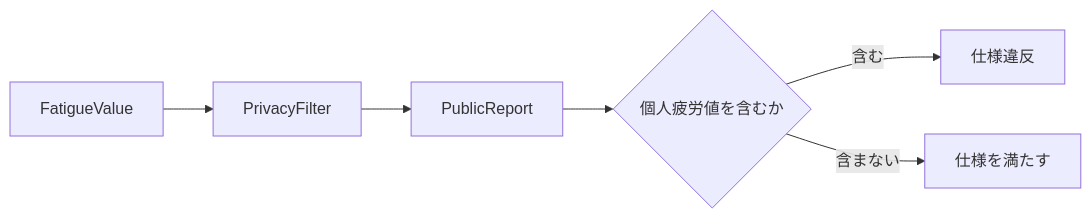
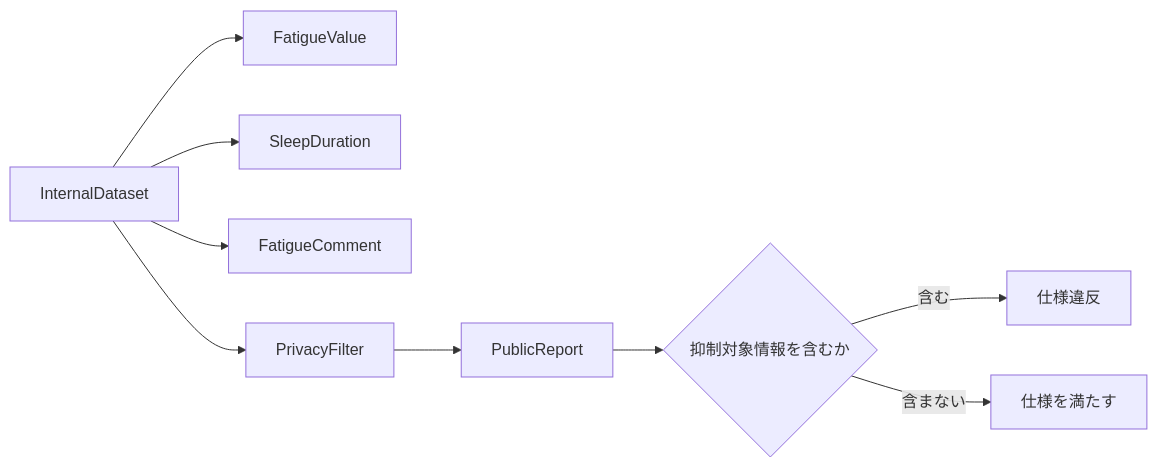
The third of 3 diagrams in docs/product/LEAN-SPEC-PLANNING.md (fumiya-data/labor-lens), drawn with Mermaid before and after one commit. The commit also changed other lines of this file and 14 other files, not shown here.

````diff
--- a/docs/product/LEAN-SPEC-PLANNING.md
+++ b/docs/product/LEAN-SPEC-PLANNING.md
@@ -105,8 +348,12 @@
 ```mermaid
 flowchart LR
-    A[FatigueValue] --> B[PrivacyFilter]
-    B --> C[PublicReport]
-    C --> D{個人疲労値を含むか}
-    D -- 含む --> E[仕様違反]
-    D -- 含まない --> F[仕様を満たす]
+    A[InternalDataset]
+    A --> B[FatigueValue]
+    A --> C[SleepDuration]
+    A --> D[FatigueComment]
+    A --> E[PrivacyFilter]
+    E --> F[PublicReport]
+    F --> G{抑制対象情報を含むか}
+    G -- 含む --> H[仕様違反]
+    G -- 含まない --> I[仕様を満たす]
 ```
````
